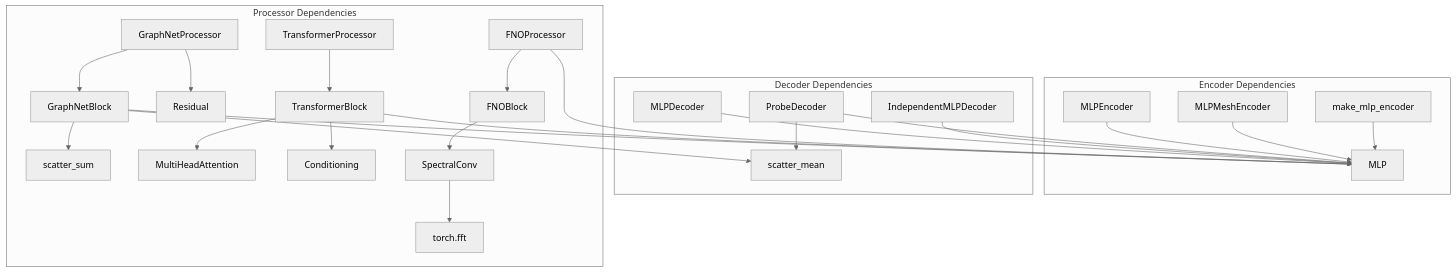
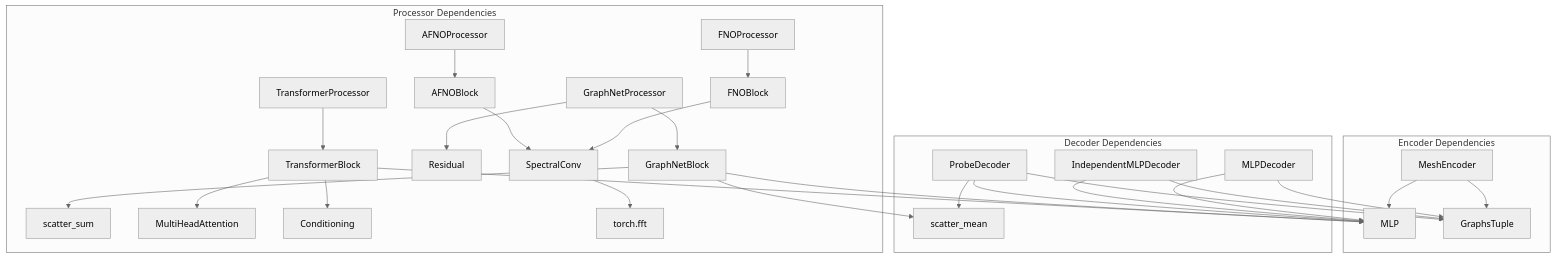
One commit to algorithmx/gnn_pde_v2 changed the third of 10 diagrams in docs/architecture-dependencies.md. Above: the diagram before and after it, drawn with Mermaid (neutral theme). The commit also changed other lines of this file and 10 other files, not shown here.

````diff
--- a/docs/architecture-dependencies.md
+++ b/docs/architecture-dependencies.md
@@ -165,33 +161,36 @@
 ```mermaid
 graph TB
     subgraph "Encoder Dependencies"
-        MLPE[MLPEncoder] --> MLP
-        MESHE[MLPMeshEncoder] --> MLP
-        MAKE_E[make_mlp_encoder] --> MLP
+        MESHE[MeshEncoder] --> MLP
+        MESHE --> GraphsTuple
     end
 
     subgraph "Decoder Dependencies"
         MLPD[MLPDecoder] --> MLP
+        MLPD --> GraphsTuple
         INDD[IndependentMLPDecoder] --> MLP
+        INDD --> GraphsTuple
         PROBED[ProbeDecoder] --> MLP
+        PROBED --> GraphsTuple
         PROBED --> scatter_mean
     end
 
     subgraph "Processor Dependencies"
         GN_B[GraphNetBlock] --> MLP
         GN_B --> scatter_sum
         GN_B --> scatter_mean
         GNP[GraphNetProcessor] --> GN_B
         GNP --> Residual
 
         T_B[TransformerBlock] --> MLP
         T_B --> MultiHeadAttention
         T_B --> Conditioning
         TP[TransformerProcessor] --> T_B
 
         SPEC[SpectralConv] --> torch.fft
         FNO_B[FNOBlock] --> SPEC
+        AFNO_B[AFNOBlock] --> SPEC
         FNOP[FNOProcessor] --> FNO_B
-        FNOP --> MLP
+        AFNOP[AFNOProcessor] --> AFNO_B
     end
 ```
````
